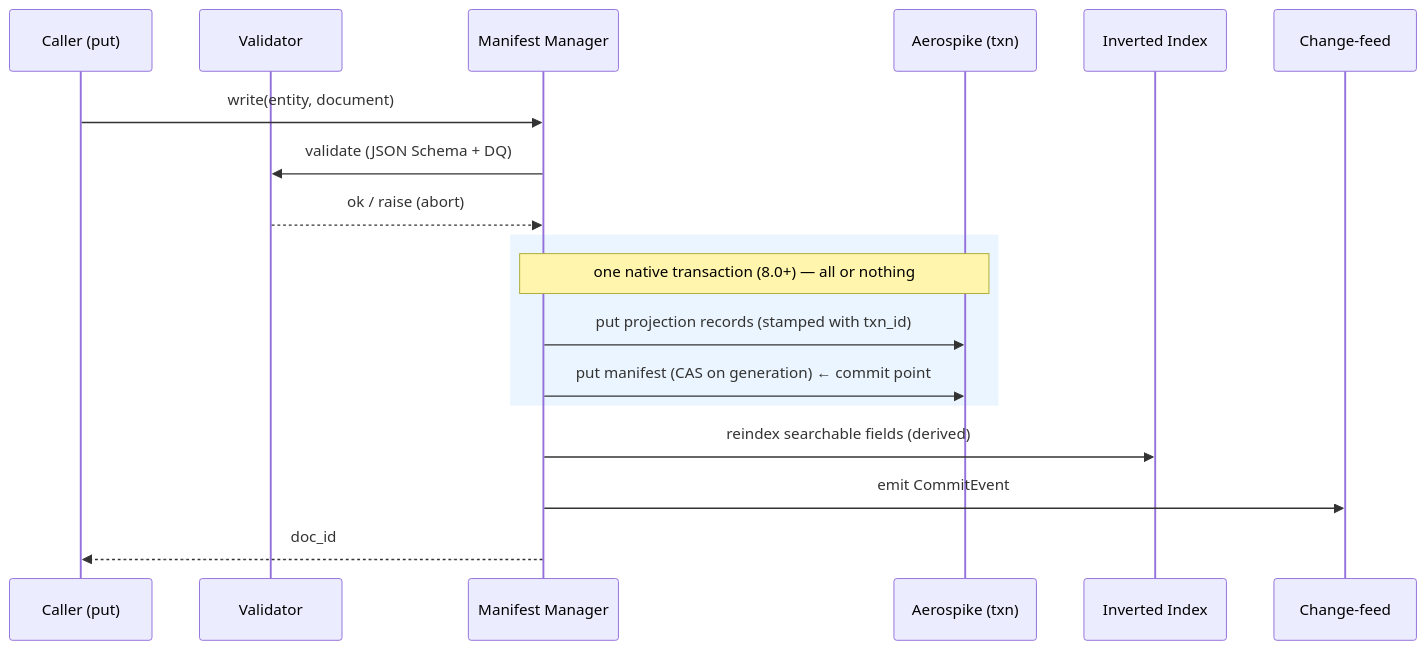
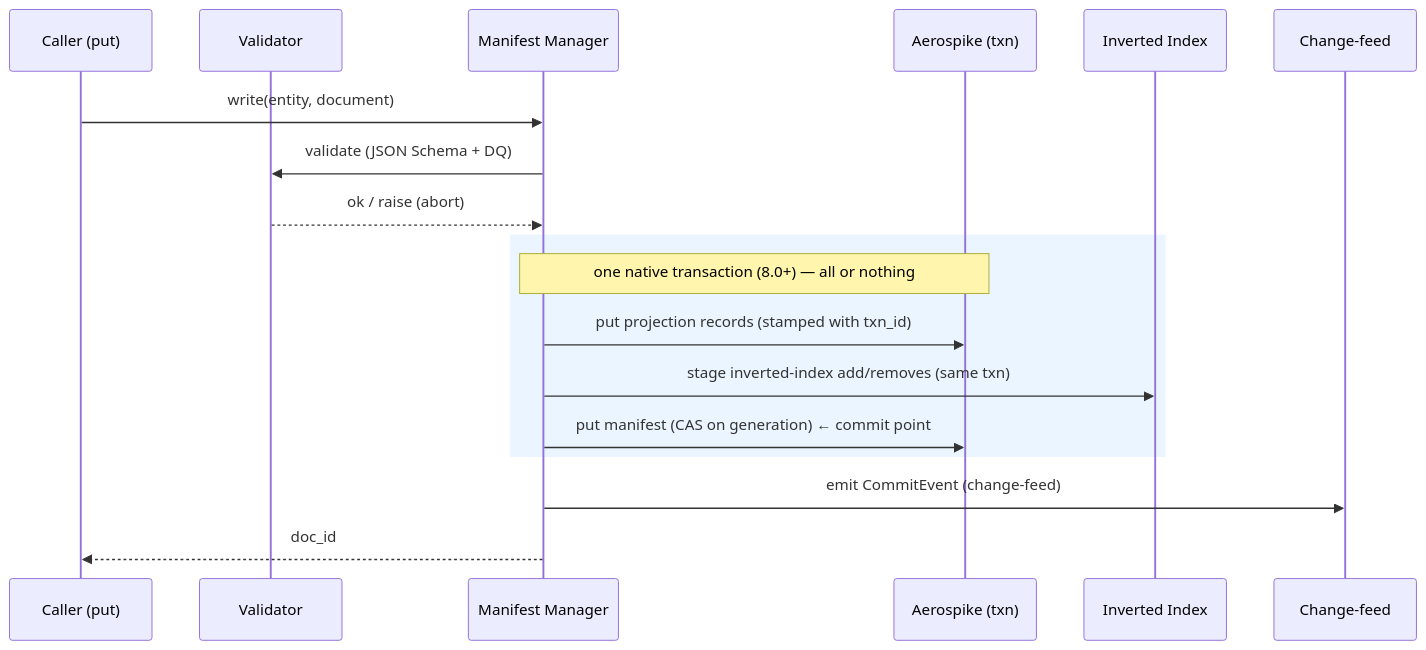
The second of 3 diagrams in docs/architecture.md (shubham3582/test), drawn with Mermaid before and after one commit. The commit also changed other lines of this file and 5 other files, not shown here.

````diff
--- a/docs/architecture.md
+++ b/docs/architecture.md
@@ -72,21 +72,21 @@
 ```mermaid
 sequenceDiagram
     participant C as Caller (put)
     participant V as Validator
     participant M as Manifest Manager
     participant S as Aerospike (txn)
     participant I as Inverted Index
     participant K as Change-feed
 
     C->>M: write(entity, document)
     M->>V: validate (JSON Schema + DQ)
     V-->>M: ok / raise (abort)
     rect rgb(235,245,255)
       note over M,S: one native transaction (8.0+) — all or nothing
       M->>S: put projection records (stamped with txn_id)
+      M->>I: stage inverted-index add/removes (same txn)
       M->>S: put manifest (CAS on generation) ← commit point
     end
-    M->>I: reindex searchable fields (derived)
-    M->>K: emit CommitEvent
+    M->>K: emit CommitEvent (change-feed)
     M-->>C: doc_id
 ```
````
